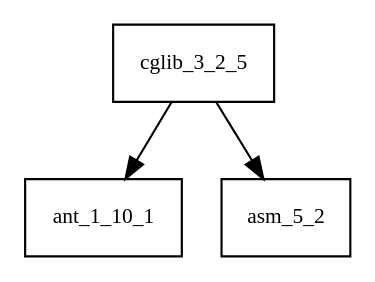
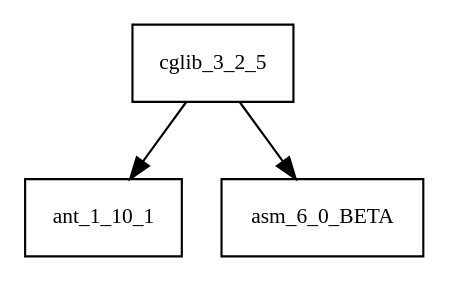
The diagram in tattleTaleReport/graphviz/cglib-3.2.5.jar/cglib-3.2.5.jar.dot (AglaianWoman/cia), drawn with Graphviz before and after one commit. The commit also changed 2149 other files, not shown here.

```diff
--- a/tattleTaleReport/graphviz/cglib-3.2.5.jar/cglib-3.2.5.jar.dot
+++ b/tattleTaleReport/graphviz/cglib-3.2.5.jar/cglib-3.2.5.jar.dot
@@ -1,5 +1,5 @@
 digraph cglib_3_2_5_dependencies {
   node [shape = box, fontsize=10.0];
   cglib_3_2_5 -> ant_1_10_1;
-  cglib_3_2_5 -> asm_5_2;
+  cglib_3_2_5 -> asm_6_0_BETA;
 }
```
